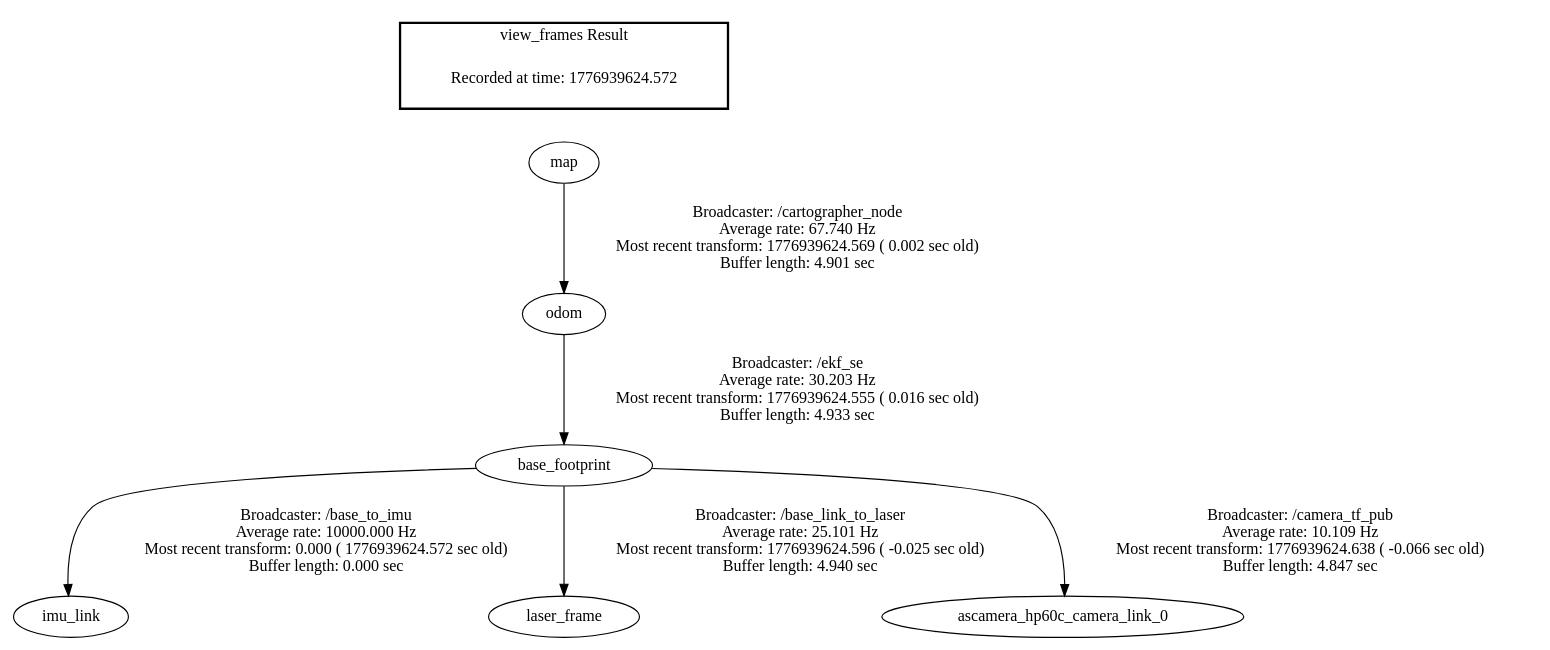
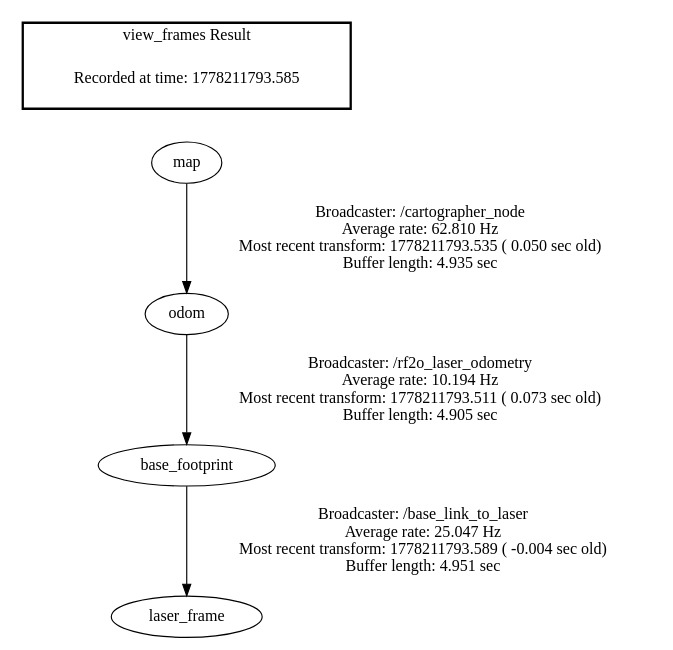
The diagram in NavOA_ws/frames.gv (2022090914028ysr-dotcom/rk3588), drawn with Graphviz before and after one commit. The commit also changed 2340 other files, not shown here.

```diff
--- a/NavOA_ws/frames.gv
+++ b/NavOA_ws/frames.gv
@@ -1,11 +1,9 @@
 digraph G {
-"base_footprint" -> "imu_link"[label="Broadcaster: /base_to_imu\nAverage rate: 10000.000 Hz\nMost recent transform: 0.000 ( 1776939624.572 sec old)\nBuffer length: 0.000 sec\n"];
-"odom" -> "base_footprint"[label="Broadcaster: /ekf_se\nAverage rate: 30.203 Hz\nMost recent transform: 1776939624.555 ( 0.016 sec old)\nBuffer length: 4.933 sec\n"];
-"base_footprint" -> "laser_frame"[label="Broadcaster: /base_link_to_laser\nAverage rate: 25.101 Hz\nMost recent transform: 1776939624.596 ( -0.025 sec old)\nBuffer length: 4.940 sec\n"];
-"map" -> "odom"[label="Broadcaster: /cartographer_node\nAverage rate: 67.740 Hz\nMost recent transform: 1776939624.569 ( 0.002 sec old)\nBuffer length: 4.901 sec\n"];
-"base_footprint" -> "ascamera_hp60c_camera_link_0"[label="Broadcaster: /camera_tf_pub\nAverage rate: 10.109 Hz\nMost recent transform: 1776939624.638 ( -0.066 sec old)\nBuffer length: 4.847 sec\n"];
+"base_footprint" -> "laser_frame"[label="Broadcaster: /base_link_to_laser\nAverage rate: 25.047 Hz\nMost recent transform: 1778211793.589 ( -0.004 sec old)\nBuffer length: 4.951 sec\n"];
+"odom" -> "base_footprint"[label="Broadcaster: /rf2o_laser_odometry\nAverage rate: 10.194 Hz\nMost recent transform: 1778211793.511 ( 0.073 sec old)\nBuffer length: 4.905 sec\n"];
+"map" -> "odom"[label="Broadcaster: /cartographer_node\nAverage rate: 62.810 Hz\nMost recent transform: 1778211793.535 ( 0.050 sec old)\nBuffer length: 4.935 sec\n"];
 edge [style=invis];
  subgraph cluster_legend { style=bold; color=black; label ="view_frames Result";
-"Recorded at time: 1776939624.572"[ shape=plaintext ] ;
+"Recorded at time: 1778211793.585"[ shape=plaintext ] ;
  }->"map";
 }
```
